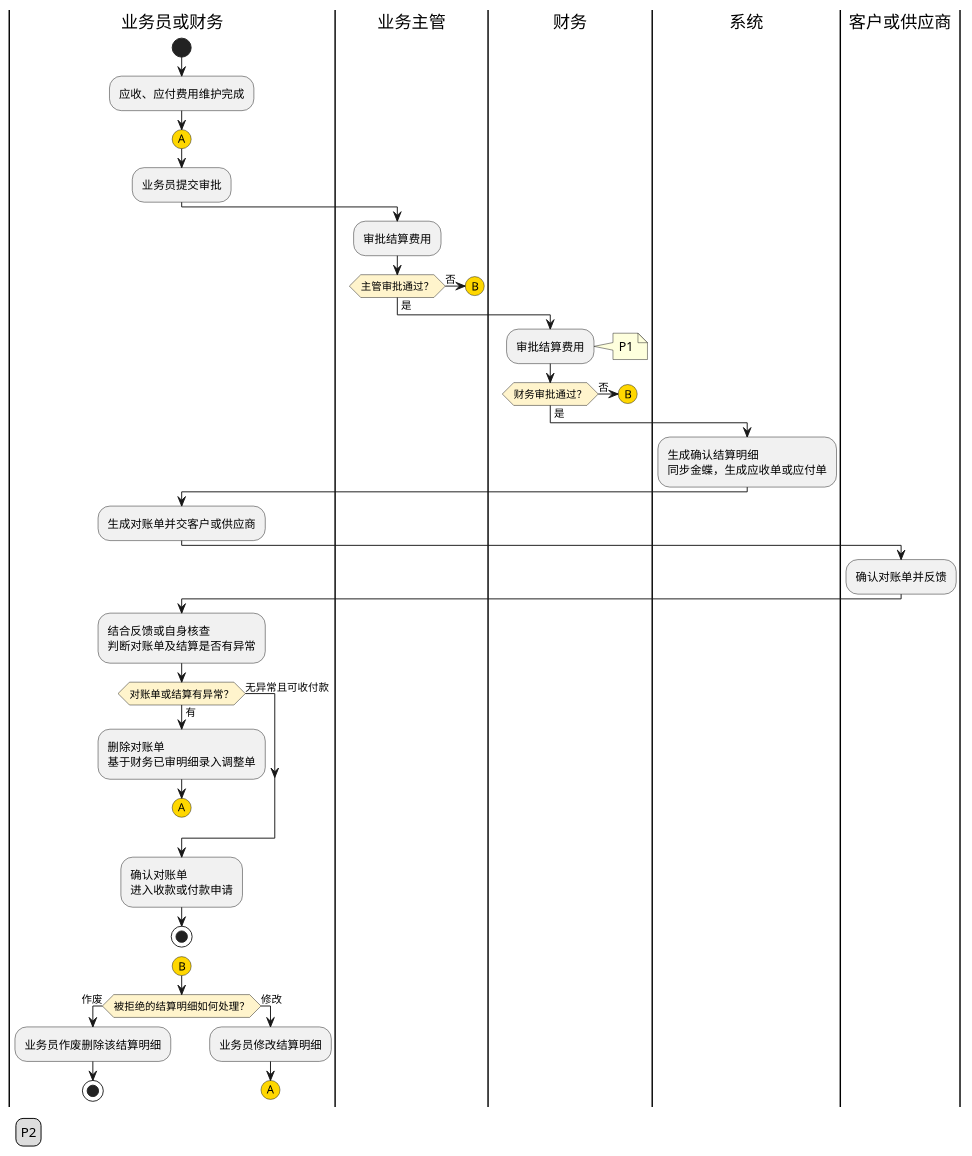
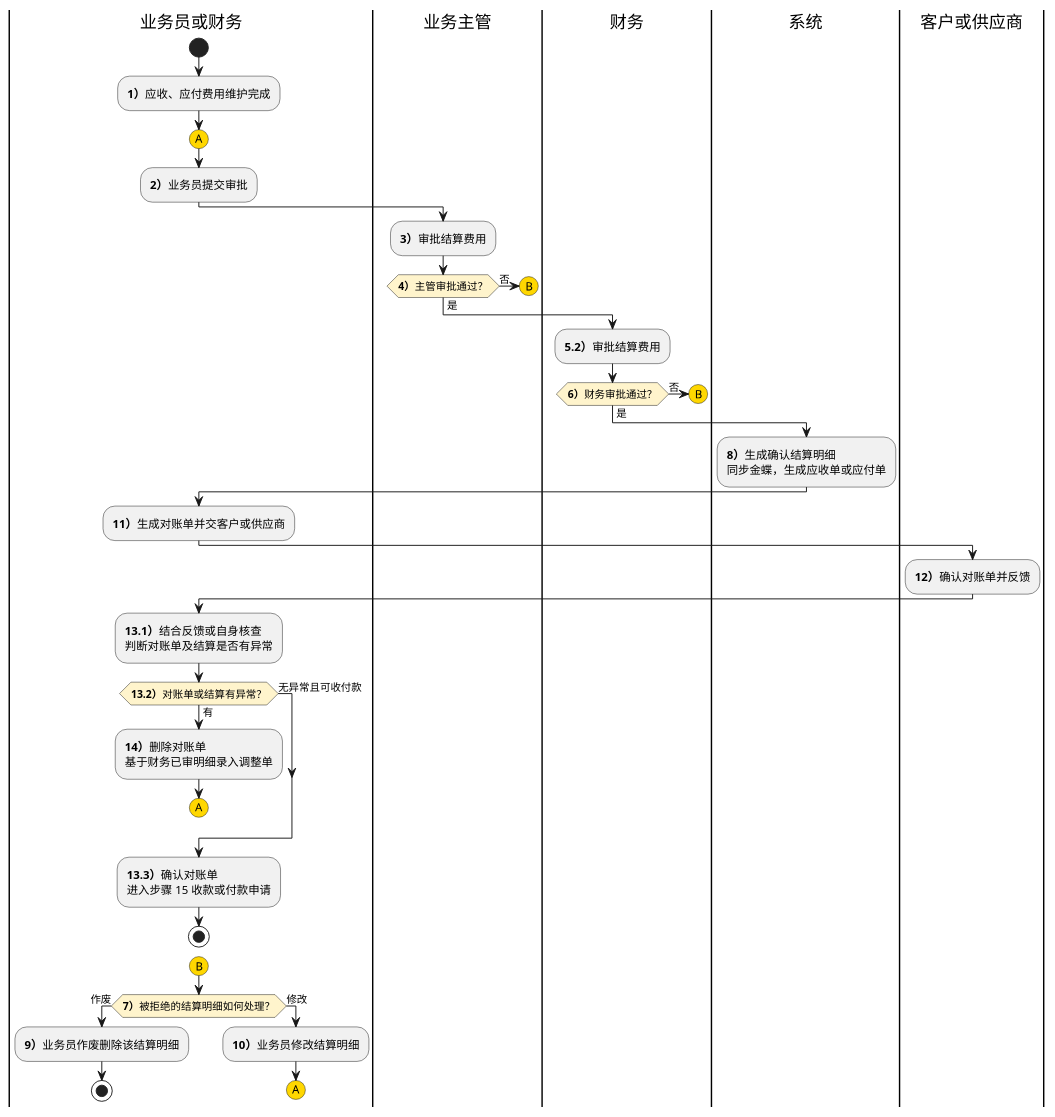
One commit to jack888332/projects-doc changed the first of 3 diagrams in product-caliber/goldjet/segmented-prd/PRD.高捷物流系统一期.第022篇.财务基础与结算流程.40E841D3A6.md. Above: the diagram before and after it, drawn with PlantUML. The commit also changed other lines of this file and 24 other files, not shown here.

````diff
--- a/product-caliber/goldjet/segmented-prd/PRD.高捷物流系统一期.第022篇.财务基础与结算流程.40E841D3A6.md
+++ b/product-caliber/goldjet/segmented-prd/PRD.高捷物流系统一期.第022篇.财务基础与结算流程.40E841D3A6.md
@@ -59,54 +59,50 @@
 ```plantuml
 @startuml goldjet-022-cost-approval-reconciliation
 skinparam activityDiamondBackgroundColor #FFF4CC
 |业务员或财务|
 start
-:应收、应付费用维护完成;
+:**1）**应收、应付费用维护完成;
 #gold:(A)
-:业务员提交审批;
+:**2）**业务员提交审批;
 |业务主管|
-:审批结算费用;
-if (主管审批通过？) then (否)
+:**3）**审批结算费用;
+if (**4）**主管审批通过？) then (否)
   #gold:(B)
   detach
 else (是)
 endif
 |财务|
-:审批结算费用;
-note right: P1
-if (财务审批通过？) then (否)
+:**5.2）**审批结算费用;
+if (**6）**财务审批通过？) then (否)
   #gold:(B)
   detach
 else (是)
 endif
 |系统|
-:生成确认结算明细\n同步金蝶，生成应收单或应付单;
+:**8）**生成确认结算明细\n同步金蝶，生成应收单或应付单;
 |业务员或财务|
-:生成对账单并交客户或供应商;
+:**11）**生成对账单并交客户或供应商;
 |客户或供应商|
-:确认对账单并反馈;
+:**12）**确认对账单并反馈;
 |业务员或财务|
-:结合反馈或自身核查\n判断对账单及结算是否有异常;
-if (对账单或结算有异常？) then (有)
-  :删除对账单\n基于财务已审明细录入调整单;
+:**13.1）**结合反馈或自身核查\n判断对账单及结算是否有异常;
+if (**13.2）**对账单或结算有异常？) then (有)
+  :**14）**删除对账单\n基于财务已审明细录入调整单;
   #gold:(A)
   detach
 else (无异常且可收付款)
 endif
-:确认对账单\n进入收款或付款申请;
+:**13.3）**确认对账单\n进入步骤 15 收款或付款申请;
 stop
 |业务员或财务|
 #gold:(B)
-if (被拒绝的结算明细如何处理？) then (作废)
-  :业务员作废删除该结算明细;
+if (**7）**被拒绝的结算明细如何处理？) then (作废)
+  :**9）**业务员作废删除该结算明细;
   stop
 else (修改)
-  :业务员修改结算明细;
+  :**10）**业务员修改结算明细;
   #gold:(A)
   detach
 endif
-legend bottom left
-  P2
-endlegend
 @enduml
 ```
````
